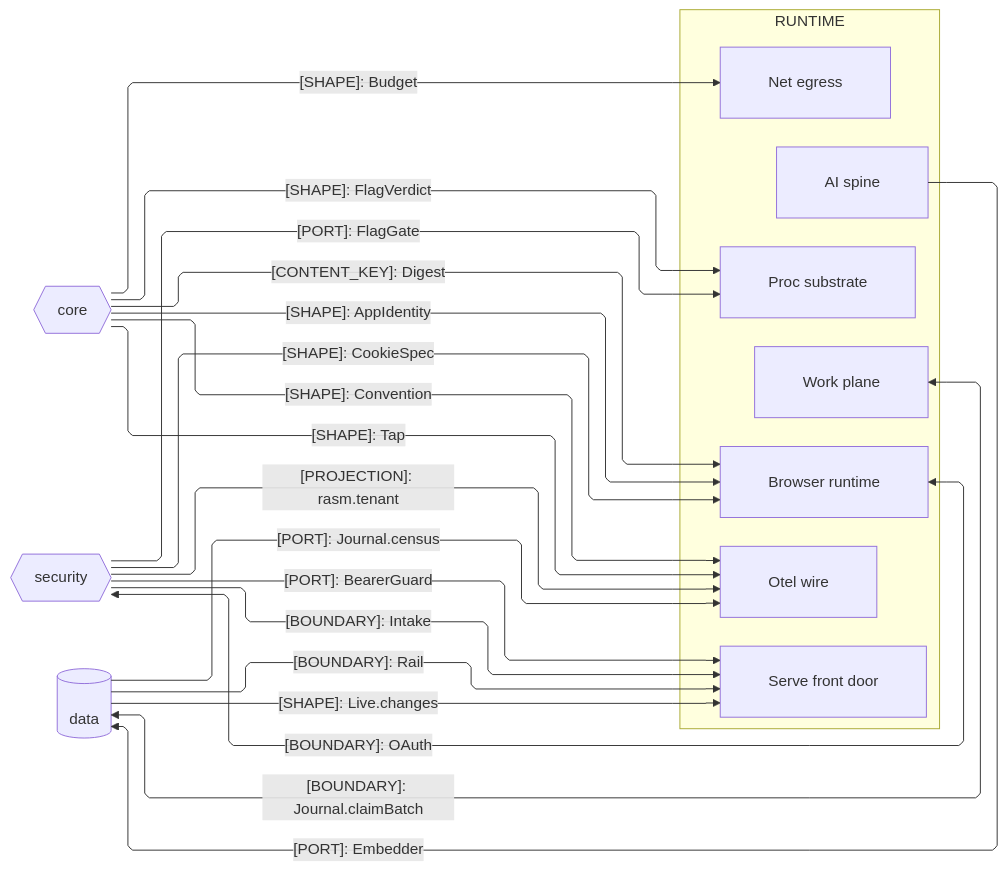
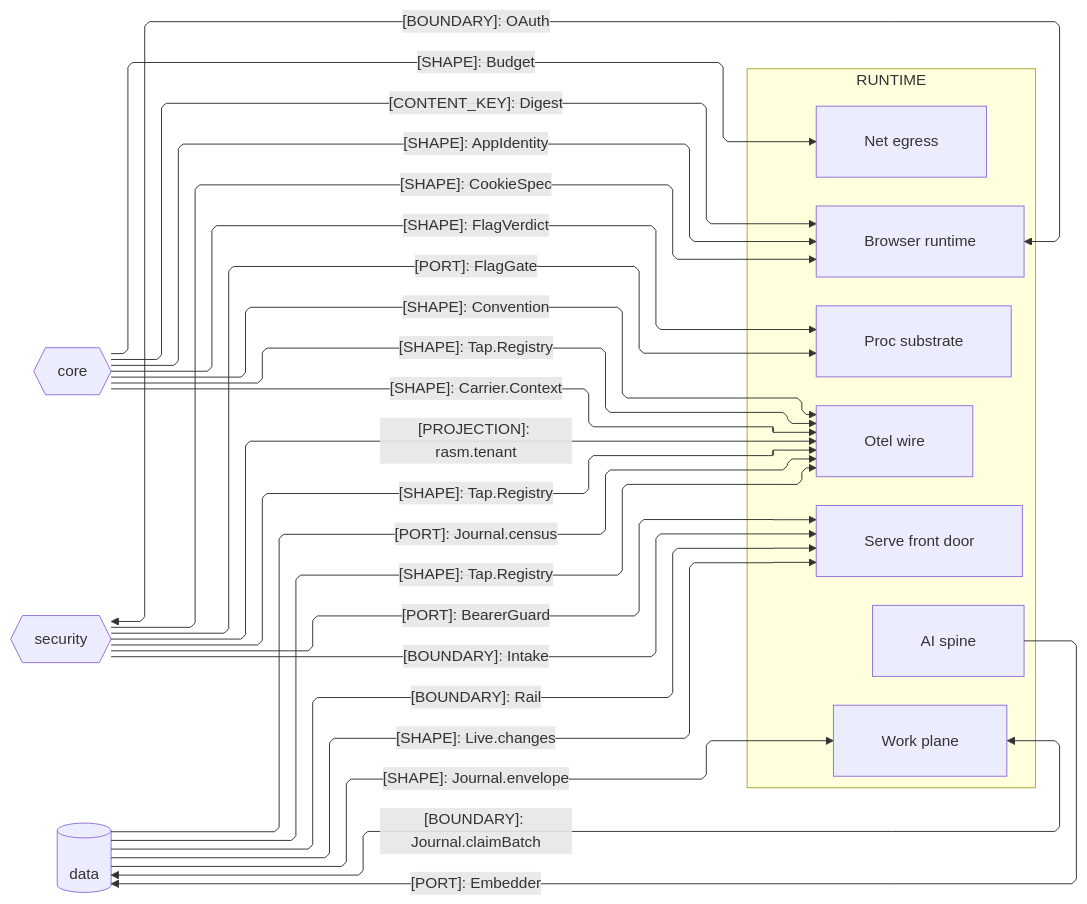
One commit to bsamiee/Rasm changed the second of 3 diagrams in libs/typescript/runtime/ARCHITECTURE.md. Above: the diagram before and after it, drawn with Mermaid. The commit also changed other lines of this file and 124 other files, not shown here.

First line of the commit message:
planning registries: ARCHITECTURE/README/IDEAS/TASKLOG/RULINGS + csproj, campaign-method, CLAUDE.md

````diff
--- a/libs/typescript/runtime/ARCHITECTURE.md
+++ b/libs/typescript/runtime/ARCHITECTURE.md
@@ -107,41 +109,45 @@
 ```mermaid
 ---
 config:
   layout: elk
   flowchart:
     curve: linear
     padding: 25
 ---
 flowchart LR
     accTitle: Runtime domain-peer seam registry
-    accDescr: Runtime sub-domain owners exchanging flag, budget, convention, identity, custody, durable-store, and tenant-projection shapes with the core, security, and data TypeScript domain peers, one edge per contract family mirrored at each counterpart.
+    accDescr: Runtime sub-domain owners exchanging flag, budget, convention, identity, custody, durable-store, tenant-projection, carrier-context, and tap-registry shapes with the core, security, and data TypeScript domain peers, one edge per contract family mirrored at each counterpart.
     subgraph runtime[RUNTIME]
         Proc[Proc substrate]
         Net[Net egress]
         Otel[Otel wire]
         Browser[Browser runtime]
         Serve[Serve front door]
         Work[Work plane]
         Ai[AI spine]
     end
     Core{{core}}
     Security{{security}}
     Data[(data)]
     Core e1@-->|"[SHAPE]: FlagVerdict"| Proc
     Core e2@-->|"[SHAPE]: Budget"| Net
     Core e3@-->|"[SHAPE]: Convention"| Otel
     Core e4@-->|"[CONTENT_KEY]: Digest"| Browser
     Core e14@-->|"[SHAPE]: AppIdentity"| Browser
     Security e5@-->|"[SHAPE]: CookieSpec"| Browser
     Browser e6@<-->|"[BOUNDARY]: OAuth"| Security
     Security e7@-->|"[PORT]: BearerGuard"| Serve
     Security e8@-->|"[BOUNDARY]: Intake"| Serve
     Security e13@-->|"[PORT]: FlagGate"| Proc
     Data e9@-->|"[BOUNDARY]: Rail"| Serve
     Data e10@-->|"[SHAPE]: Live.changes"| Serve
     Work e11@<-->|"[BOUNDARY]: Journal.claimBatch"| Data
     Ai e12@-->|"[PORT]: Embedder"| Data
     Data e15@-->|"[PORT]: Journal.census"| Otel
     Security e16@-->|"[PROJECTION]: rasm.tenant"| Otel
-    Core e17@-->|"[SHAPE]: Tap"| Otel
+    Core e17@-->|"[SHAPE]: Tap.Registry"| Otel
+    Data e18@-->|"[SHAPE]: Tap.Registry"| Otel
+    Security e19@-->|"[SHAPE]: Tap.Registry"| Otel
+    Data e20@-->|"[SHAPE]: Journal.envelope"| Work
+    Core e21@-->|"[SHAPE]: Carrier.Context"| Otel
 ```
````
